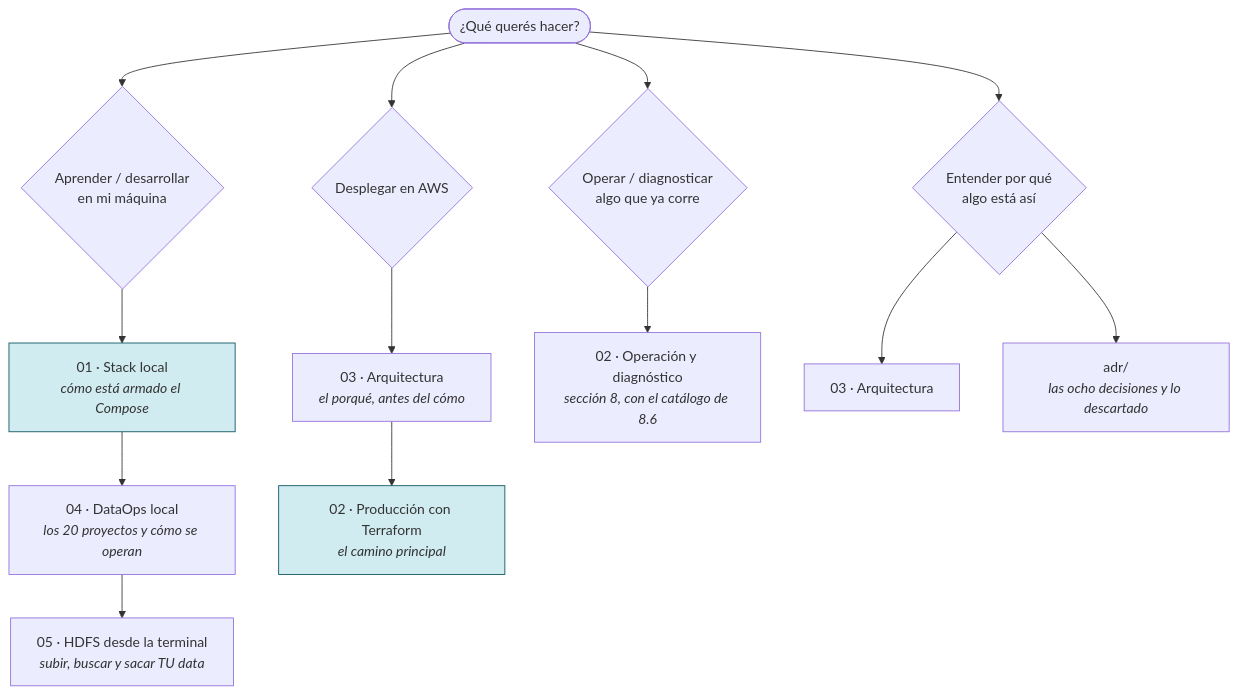
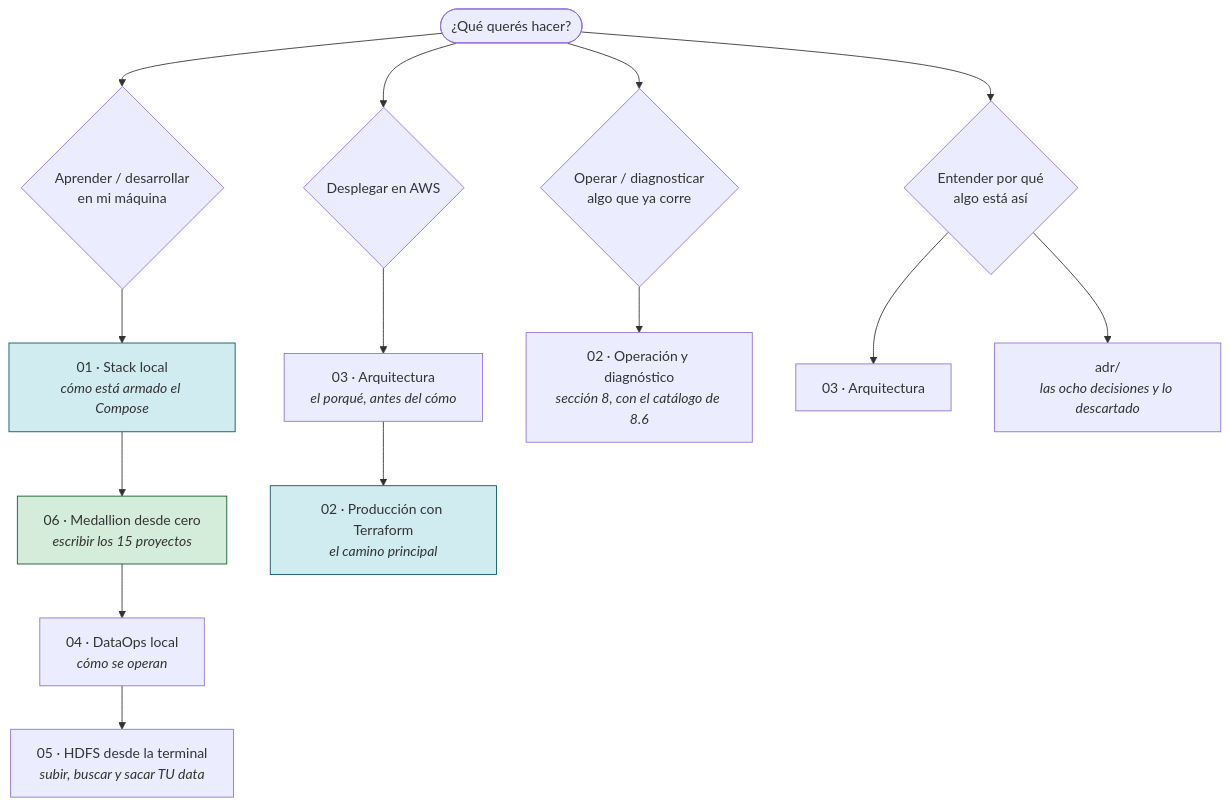
One commit to abantodca/pyspark_stack changed the diagram in docs/README.md. Above: the diagram before and after it, drawn with Mermaid. The commit also changed other lines of this file and 30 other files, not shown here.

````diff
--- a/docs/README.md
+++ b/docs/README.md
@@ -70,23 +72,25 @@
 ```mermaid
 flowchart TD
     Q([¿Qué querés hacer?])
 
     Q --> L{"Aprender / desarrollar<br/>en mi máquina"}
     L --> L1["01 · Stack local<br/><i>cómo está armado el Compose</i>"]
-    L1 --> L2["04 · DataOps local<br/><i>los 20 proyectos y cómo se operan</i>"]
+    L1 --> L6["06 · Medallion desde cero<br/><i>escribir los 15 proyectos</i>"]
+    L6 --> L2["04 · DataOps local<br/><i>cómo se operan</i>"]
     L2 --> L3["05 · HDFS desde la terminal<br/><i>subir, buscar y sacar TU data</i>"]
 
     Q --> P{"Desplegar en AWS"}
     P --> P0["03 · Arquitectura<br/><i>el porqué, antes del cómo</i>"]
     P0 --> P1["02 · Producción con Terraform<br/><i>el camino principal</i>"]
 
     Q --> O{"Operar / diagnosticar<br/>algo que ya corre"}
     O --> O1["02 · Operación y diagnóstico<br/><i>sección 8, con el catálogo de 8.6</i>"]
 
     Q --> H{"Entender por qué<br/>algo está así"}
     H --> H1["03 · Arquitectura"]
     H --> H2["adr/<br/><i>las ocho decisiones y lo descartado</i>"]
 
     style P1 fill:#d1ecf1,stroke:#0c5460
     style L1 fill:#d1ecf1,stroke:#0c5460
+    style L6 fill:#d4edda,stroke:#155724
 ```
````
